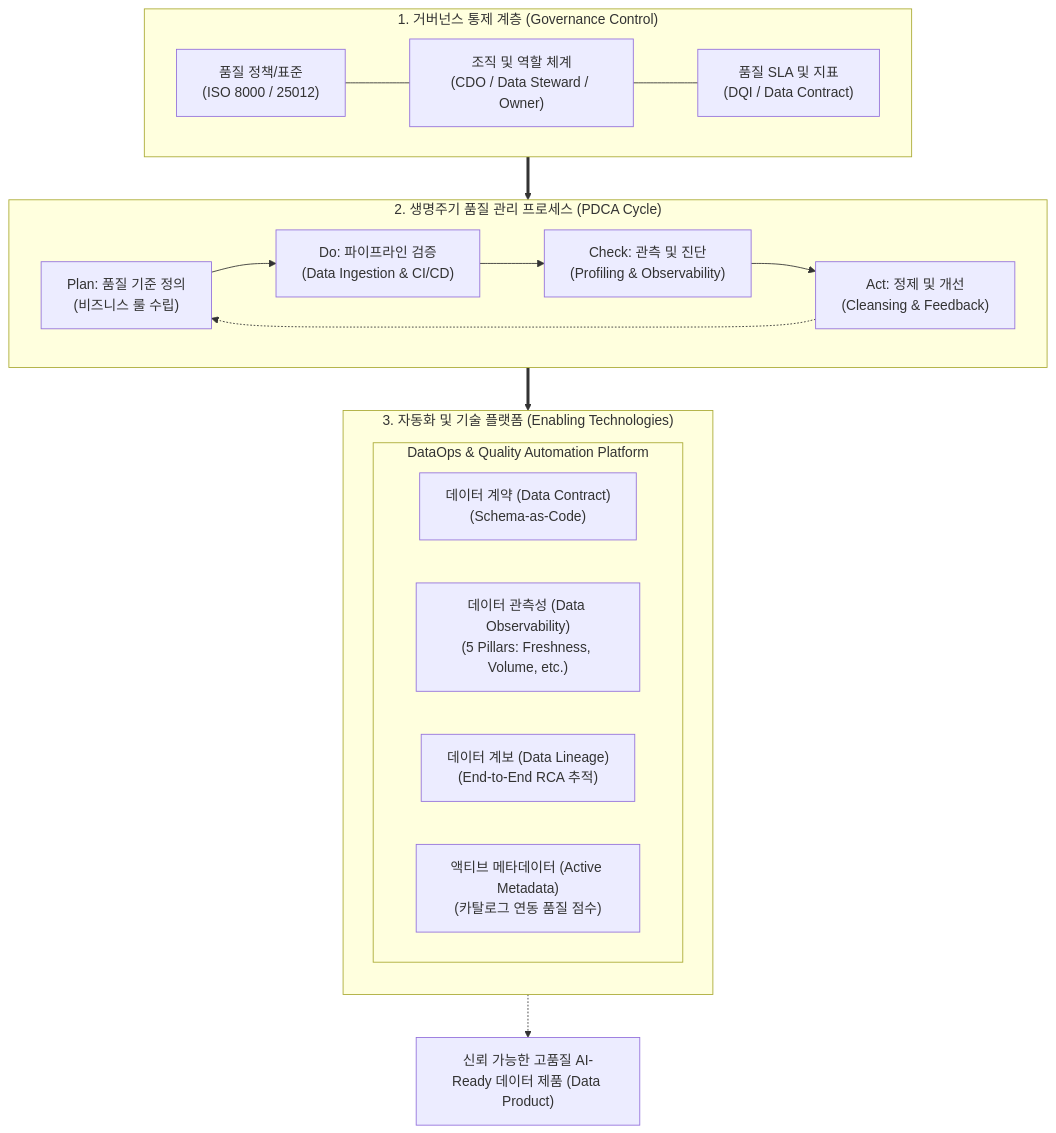
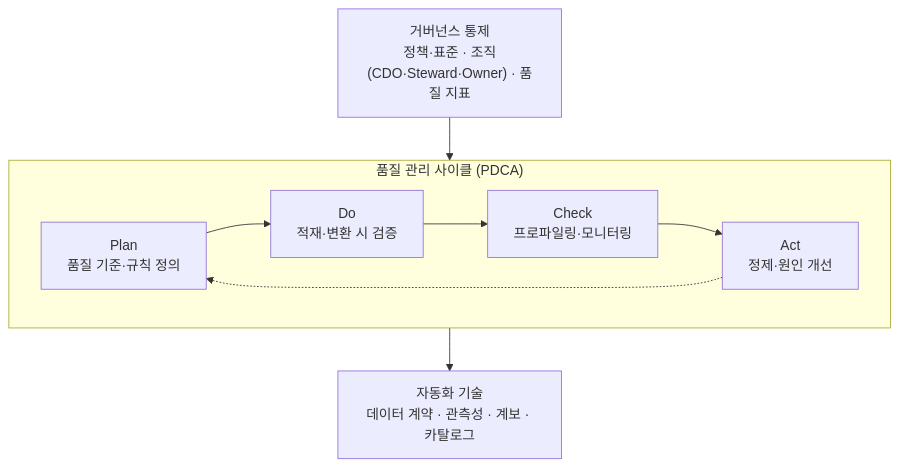
Before and after one commit to supremethumb/supremethumb.github.io: the diagram in content/01_IT Tech/데이터 거버넌스 데이터 품질.md, drawn with Mermaid. The commit also changed other lines of this file and 1087 other files, not shown here.

````diff
--- a/content/01_IT Tech/데이터 거버넌스 데이터 품질.md
+++ b/content/01_IT Tech/데이터 거버넌스 데이터 품질.md
@@ -30,30 +35,12 @@
 ```mermaid
 flowchart TB
-    subgraph Layer1["1. 거버넌스 통제 계층 (Governance Control)"]
+    G["거버넌스 통제<br/>정책·표준 · 조직(CDO·Steward·Owner) · 품질 지표"]
+    subgraph P["품질 관리 사이클 (PDCA)"]
         direction LR
-        P1["품질 정책/표준<br/>(ISO 8000 / 25012)"] --- P2["조직 및 역할 체계<br/>(CDO / Data Steward / Owner)"] --- P3["품질 SLA 및 지표<br/>(DQI / Data Contract)"]
+        PL["Plan<br/>품질 기준·규칙 정의"] --> DO["Do<br/>적재·변환 시 검증"] --> CH["Check<br/>프로파일링·모니터링"] --> AC["Act<br/>정제·원인 개선"]
+        AC -.-> PL
     end
-
-    subgraph Layer2["2. 생명주기 품질 관리 프로세스 (PDCA Cycle)"]
-        direction LR
-        PR1["Plan: 품질 기준 정의<br/>(비즈니스 룰 수립)"] --> PR2["Do: 파이프라인 검증<br/>(Data Ingestion & CI/CD)"]
-        PR2 --> PR3["Check: 관측 및 진단<br/>(Profiling & Observability)"]
-        PR3 --> PR4["Act: 정제 및 개선<br/>(Cleansing & Feedback)"]
-        PR4 -.-> PR1
-    end
-
-    subgraph Layer3["3. 자동화 및 기술 플랫폼 (Enabling Technologies)"]
-        direction TB
-        subgraph TechCore["DataOps & Quality Automation Platform"]
-            T1["데이터 계약 (Data Contract)<br/>(Schema-as-Code)"]
-            T2["데이터 관측성 (Data Observability)<br/>(5 Pillars: Freshness, Volume, etc.)"]
-            T3["데이터 계보 (Data Lineage)<br/>(End-to-End RCA 추적)"]
-            T4["액티브 메타데이터 (Active Metadata)<br/>(카탈로그 연동 품질 점수)"]
-        end
-    end
-
-    Layer1 ==> Layer2
-    Layer2 ==> Layer3
-    Layer3 -.-> Output["신뢰 가능한 고품질 AI-Ready 데이터 제품 (Data Product)"]
-
+    T["자동화 기술<br/>데이터 계약 · 관측성 · 계보 · 카탈로그"]
+    G --> P
+    P --> T
 ```
````
